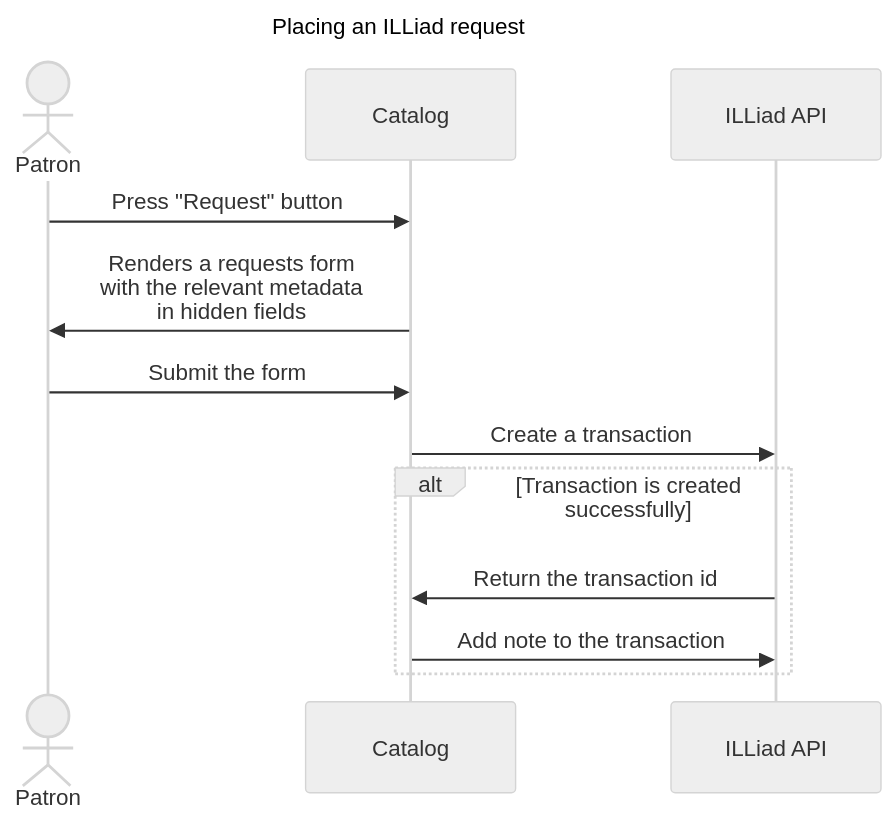
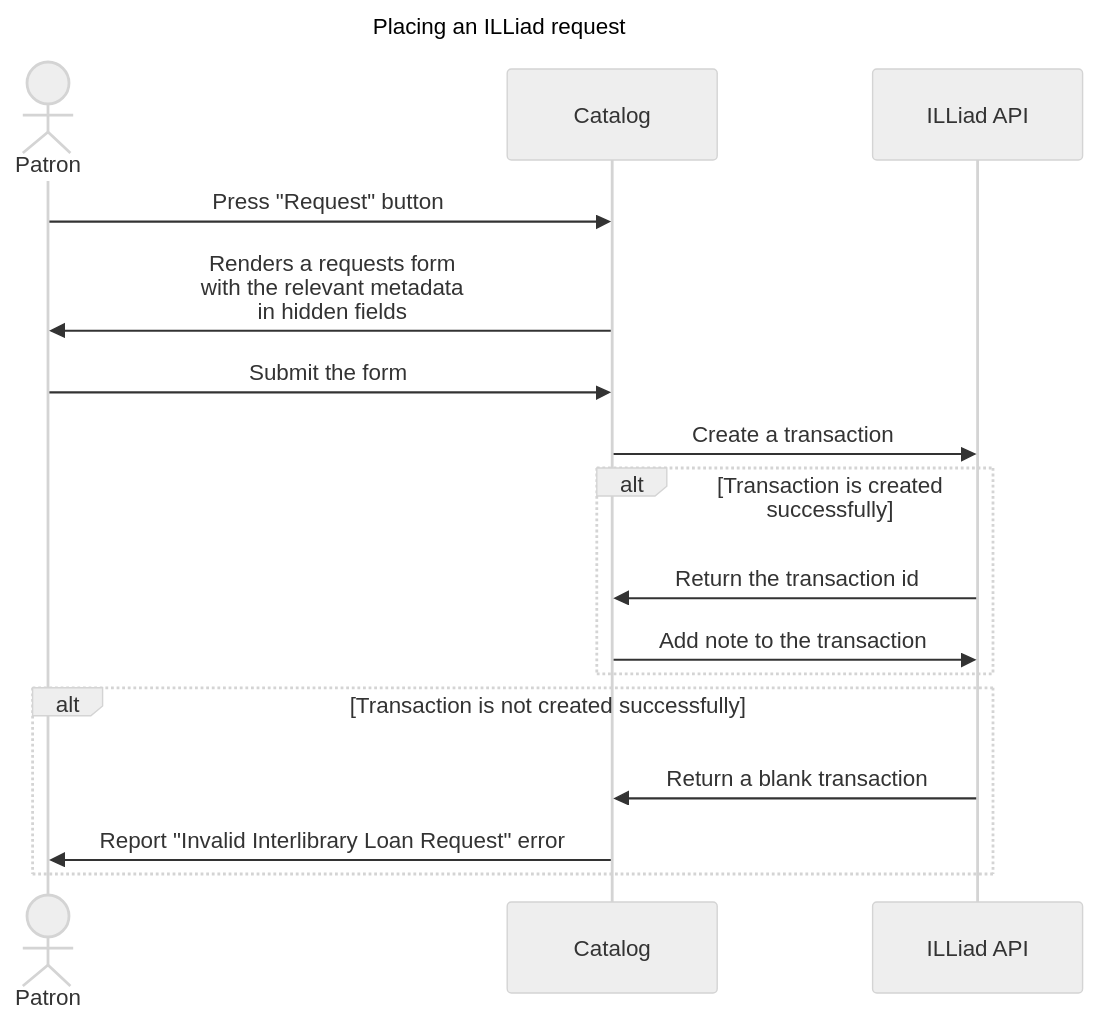
The diagram in docs/requests/illiad.md (pulibrary/orangelight), drawn with Mermaid (neutral theme) before and after one commit. The commit also changed other lines of this file, not shown here.

Commit message:
Incorporate feedback from review

````diff
--- a/docs/requests/illiad.md
+++ b/docs/requests/illiad.md
@@ -15,15 +18,19 @@
 ```mermaid
 sequenceDiagram
     title Placing an ILLiad request
     actor patron as Patron
     participant Catalog
     participant illiad as ILLiad API
     patron->>Catalog: Press "Request" button
     Catalog->>patron: Renders a requests form<br> with the relevant metadata<br> in hidden fields
     patron->>Catalog: Submit the form
     Catalog->>illiad: Create a transaction
     alt Transaction is created successfully
         illiad->>Catalog: Return the transaction id
         Catalog->>illiad: Add note to the transaction
     end
+    alt Transaction is not created successfully
+        illiad->>Catalog: Return a blank transaction
+        Catalog->>patron: Report "Invalid Interlibrary Loan Request" error 
+    end
 ```
````
